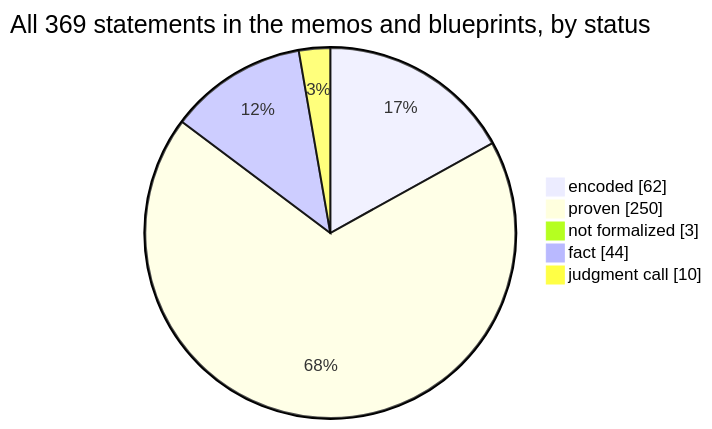
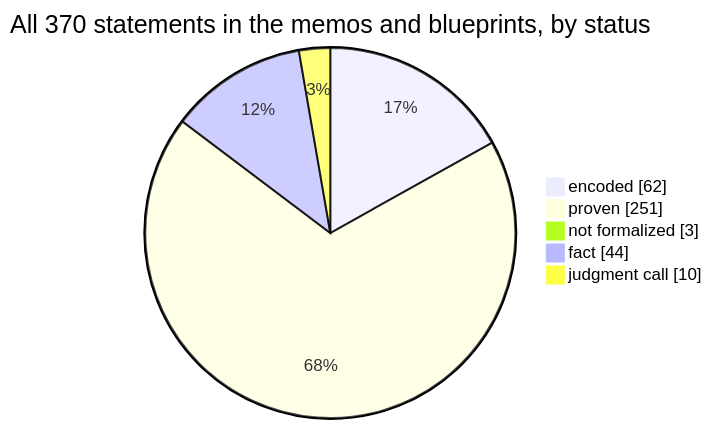
One commit to SeanWMurray/Canteen changed the first of 4 diagrams in docs/graphs/dashboard.md. Above: the diagram before and after it, drawn with Mermaid. The commit also changed other lines of this file and 14 other files, not shown here.

````diff
--- a/docs/graphs/dashboard.md
+++ b/docs/graphs/dashboard.md
@@ -11,8 +11,8 @@
 ```mermaid
-pie showData title All 369 statements in the memos and blueprints, by status
+pie showData title All 370 statements in the memos and blueprints, by status
     "encoded" : 62
-    "proven" : 250
+    "proven" : 251
     "not formalized" : 3
     "fact" : 44
     "judgment call" : 10
 ```
````
